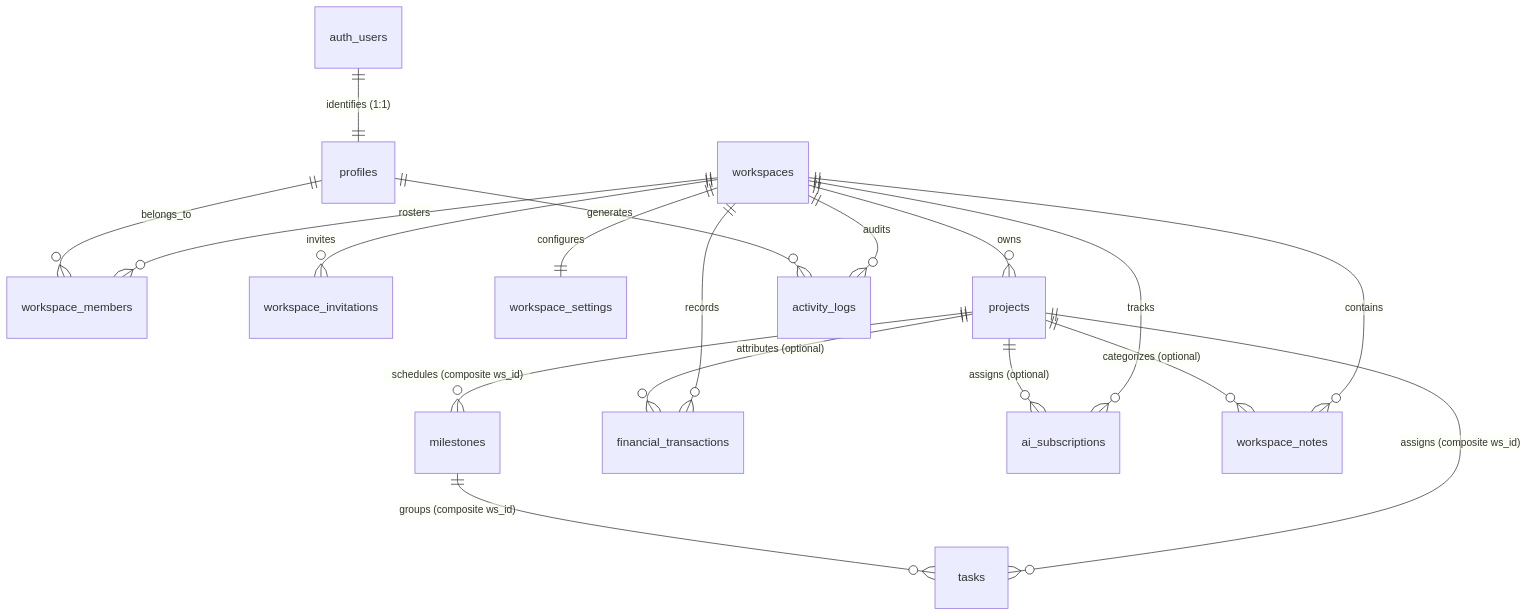
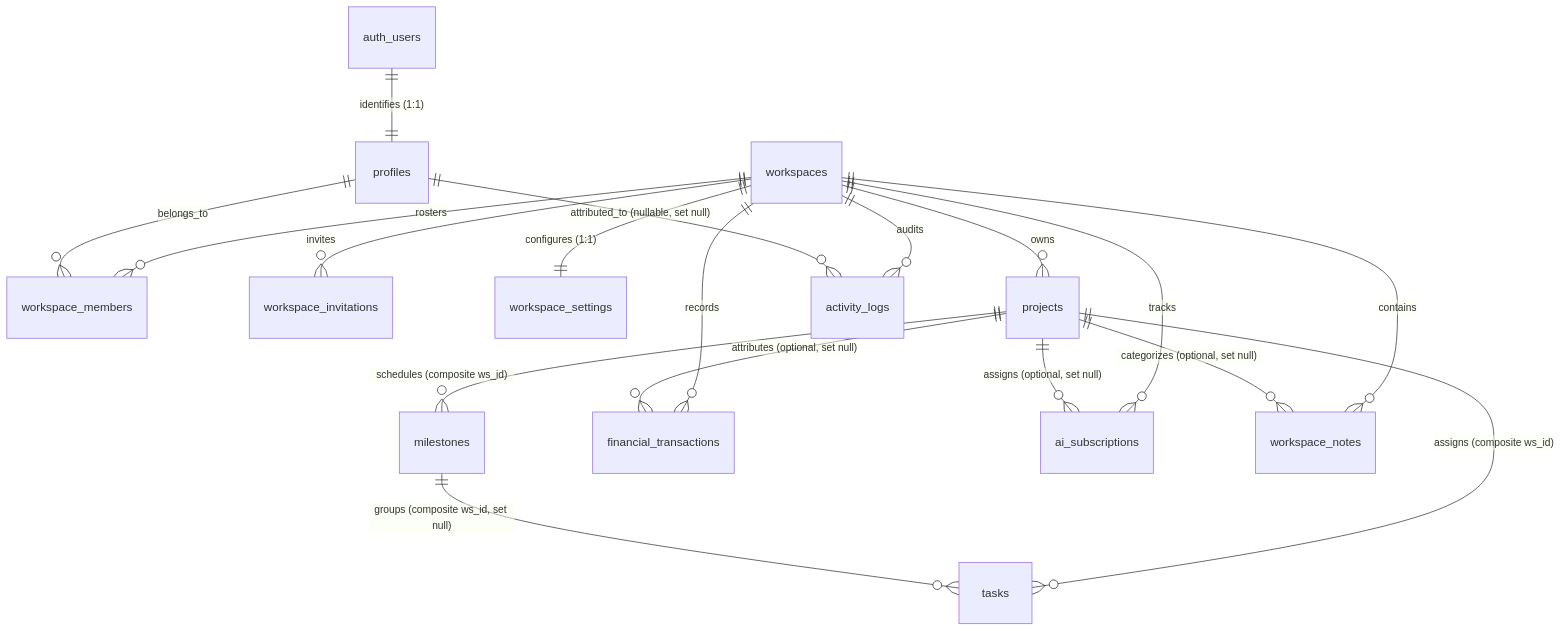
Before and after one commit to khairultajudin/khaispace: the diagram in apps/hub/docs/architecture/DATABASE-SCHEMA.md, drawn with Mermaid. The commit also changed other lines of this file and 10 other files, not shown here.

````diff
--- a/apps/hub/docs/architecture/DATABASE-SCHEMA.md
+++ b/apps/hub/docs/architecture/DATABASE-SCHEMA.md
@@ -27,25 +35,25 @@
 ```mermaid
 erDiagram
     auth_users ||--|| profiles : "identifies (1:1)"
     workspaces ||--o{ workspace_members : "rosters"
     profiles ||--o{ workspace_members : "belongs_to"
     workspaces ||--o{ workspace_invitations : "invites"
-    workspaces ||--|| workspace_settings : "configures"
+    workspaces ||--|| workspace_settings : "configures (1:1)"
     
     workspaces ||--o{ projects : "owns"
     projects ||--o{ milestones : "schedules (composite ws_id)"
     projects ||--o{ tasks : "assigns (composite ws_id)"
-    milestones ||--o{ tasks : "groups (composite ws_id)"
+    milestones ||--o{ tasks : "groups (composite ws_id, set null)"
     
     workspaces ||--o{ financial_transactions : "records"
-    projects ||--o{ financial_transactions : "attributes (optional)"
+    projects ||--o{ financial_transactions : "attributes (optional, set null)"
     
     workspaces ||--o{ ai_subscriptions : "tracks"
-    projects ||--o{ ai_subscriptions : "assigns (optional)"
+    projects ||--o{ ai_subscriptions : "assigns (optional, set null)"
     
     workspaces ||--o{ workspace_notes : "contains"
-    projects ||--o{ workspace_notes : "categorizes (optional)"
+    projects ||--o{ workspace_notes : "categorizes (optional, set null)"
     
     workspaces ||--o{ activity_logs : "audits"
-    profiles ||--o{ activity_logs : "generates"
+    profiles ||--o{ activity_logs : "attributed_to (nullable, set null)"
 ```
````
